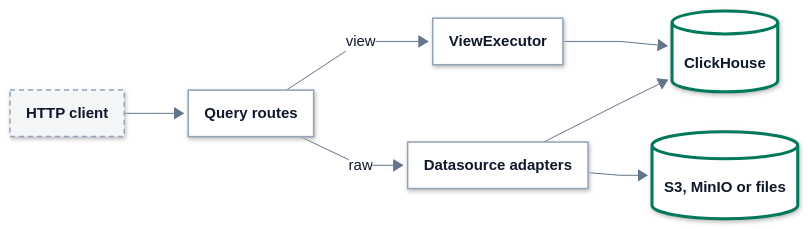
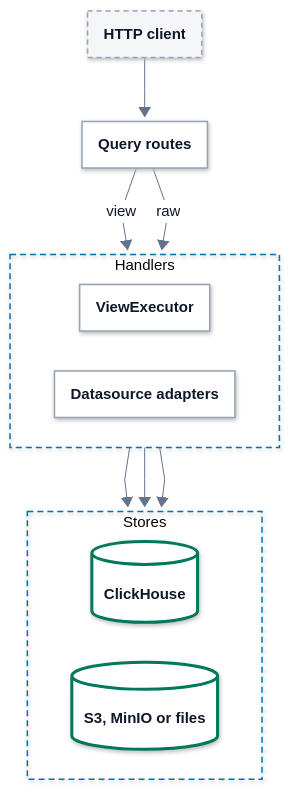
One commit to hyperi-io/dfe-engine changed the second of 4 diagrams in docs/data-plane/query-api.md. Above: the diagram before and after it, drawn with Mermaid. The commit also changed other lines of this file and 32 other files, not shown here.

First line of the commit message:
docs(architecture): engine page to the standard, diagrams to 860 px (#1209)

````diff
--- a/docs/data-plane/query-api.md
+++ b/docs/data-plane/query-api.md
@@ -173,7 +173,7 @@
     .ui .label-icon{color:#D9480F}
     .ext .label-icon{color:#64748B}
 ---
-flowchart LR
+flowchart TB
   accTitle: L4 Detail -- Query routes
   accDescr: A client calls the query routes. A view execution goes to the ViewExecutor, which runs the view on ClickHouse. A raw query goes to a datasource adapter, which reads ClickHouse or lists S3, MinIO or a local directory.
 
@@ -181,11 +181,17 @@
 
   api["<b>Query routes</b>"]
 
-  executor["<b>ViewExecutor</b>"]
-  adapters["<b>Datasource adapters</b>"]
+  subgraph handlers["Handlers"]
+    direction LR
+    executor["<b>ViewExecutor</b>"]
+    adapters["<b>Datasource adapters</b>"]
+  end
 
-  ch[("<b>ClickHouse</b>")]
-  storage[("<b>S3, MinIO or files</b>")]
+  subgraph stores["Stores"]
+    direction LR
+    ch[("<b>ClickHouse</b>")]
+    storage[("<b>S3, MinIO or files</b>")]
+  end
 
   client --> api
   api -->|view| executor
@@ -193,6 +199,9 @@
   executor --> ch
   adapters --> ch
   adapters --> storage
+  class client ext
+  class ch,storage store
+  class api,executor,adapters part
   classDef ext fill:#F4F6F8,stroke:#94A3B8,stroke-width:1.5px,stroke-dasharray:5 4,color:#0F172A
   classDef ingest fill:#FFFFFF,stroke:#0E8A7D,stroke-width:3px,color:#0F172A
   classDef xform fill:#FFFFFF,stroke:#7B4FB0,stroke-width:3px,color:#0F172A
@@ -204,7 +213,6 @@
   classDef error fill:#FFFFFF,stroke:#C2410C,stroke-width:3px,color:#0F172A
   classDef control fill:#FFFFFF,stroke:#334155,stroke-width:3px,color:#0F172A
   classDef part fill:#FFFFFF,stroke:#94A3B8,stroke-width:1.5px,color:#0F172A
-  class client ext
-  class ch,storage store
-  class api,executor,adapters part
+  style handlers fill:none,stroke:#0072B2,stroke-width:1.5px,stroke-dasharray:6 4
+  style stores fill:none,stroke:#0072B2,stroke-width:1.5px,stroke-dasharray:6 4
 ```
````
